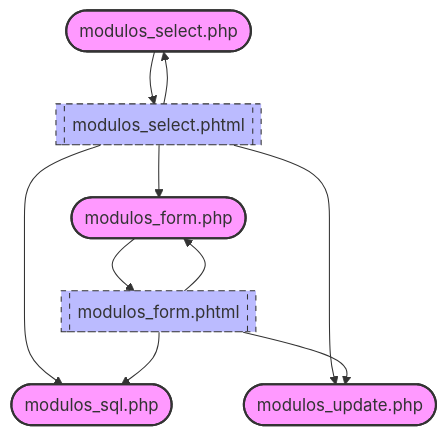
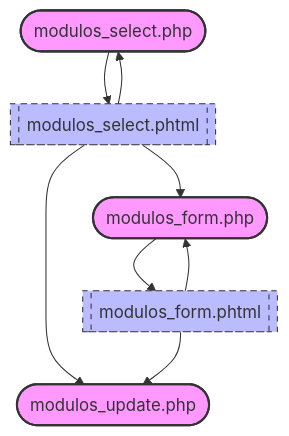
One commit to olvidio/orbix changed the diagram in documentacion/Documentacion_Obix/configuracion/mapa_modulos_select.md. Above: the diagram before and after it, drawn with Mermaid. The commit also changed 45 other files, not shown here.

````diff
--- a/documentacion/Documentacion_Obix/configuracion/mapa_modulos_select.md
+++ b/documentacion/Documentacion_Obix/configuracion/mapa_modulos_select.md
@@ -1,18 +1,16 @@
 ```mermaid
 flowchart TD
     %% Estils de nodes
     classDef controller fill:#f9f,stroke:#333,stroke-width:2px;
     classDef vista fill:#bbf,stroke:#333,stroke-width:1px,stroke-dasharray: 5 5;
     classDef error fill:#ff9999,stroke:#cc0000,stroke-width:2px;
 
     frontend_configuracion_controller_modulos_select_php(["modulos_select.php"]):::controller --> frontend__configuracion__view_modulos_select_phtml[["modulos_select.phtml"]]:::vista
     frontend__configuracion__view_modulos_select_phtml --> frontend_configuracion_controller_modulos_form_php(["modulos_form.php"]):::controller
     frontend__configuracion__view_modulos_select_phtml --> frontend_configuracion_controller_modulos_update_php(["modulos_update.php"]):::controller
-    frontend__configuracion__view_modulos_select_phtml --> frontend_configuracion_controller_modulos_sql_php(["modulos_sql.php"]):::controller
     frontend__configuracion__view_modulos_select_phtml --> frontend_configuracion_controller_modulos_select_php(["modulos_select.php"]):::controller
     %% DESTÍ NO RESOLT des de frontend__configuracion__view_modulos_select_phtml: $oHash->getCamposHtml(); [DESTÍ NO RESOLT]
     frontend_configuracion_controller_modulos_form_php(["modulos_form.php"]):::controller --> frontend__configuracion__view_modulos_form_phtml[["modulos_form.phtml"]]:::vista
-    frontend__configuracion__view_modulos_form_phtml --> frontend_configuracion_controller_modulos_sql_php(["modulos_sql.php"]):::controller
     frontend__configuracion__view_modulos_form_phtml --> frontend_configuracion_controller_modulos_update_php(["modulos_update.php"]):::controller
     frontend__configuracion__view_modulos_form_phtml --> frontend_configuracion_controller_modulos_form_php(["modulos_form.php"]):::controller
 ```
````
